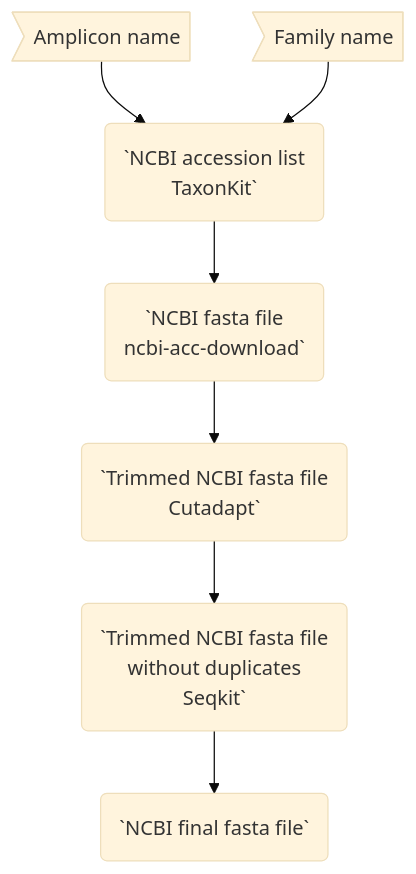
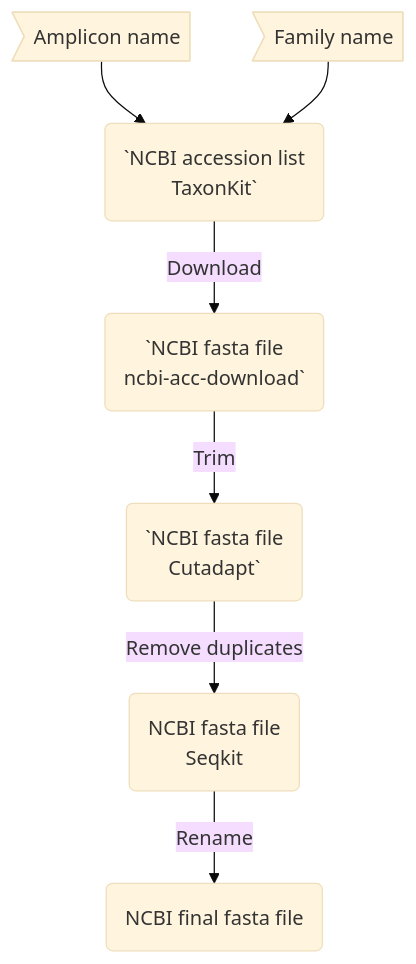
One commit to Enorya/Phylo-tree_eDNA changed the diagram in README.md. Above: the diagram before and after it, drawn with Mermaid (base theme).

````diff
--- a/README.md
+++ b/README.md
@@ -24,19 +24,18 @@
 ```mermaid
 flowchart TB
 	amplicon>Amplicon name]
 	family>Family name]
 	step1(`NCBI accession list
 TaxonKit`)
 	step2(`NCBI fasta file
 ncbi-acc-download`)
-	step3(`Trimmed NCBI fasta file
+	step3(`NCBI fasta file
 Cutadapt`)
-	step4(`Trimmed NCBI fasta file
-without duplicates
-Seqkit`)
-	step5(`NCBI final fasta file`)
+	step4(NCBI fasta file
+Seqkit)
+	step5(NCBI final fasta file)
 
-	amplicon --> step1 --> step2 --> step3 --> step4 --> step5
+	amplicon --> step1 -->|Download| step2 -->|Trim| step3 -->|Remove duplicates| step4 -->|Rename| step5
 	family --> step1
 
 ```
````
